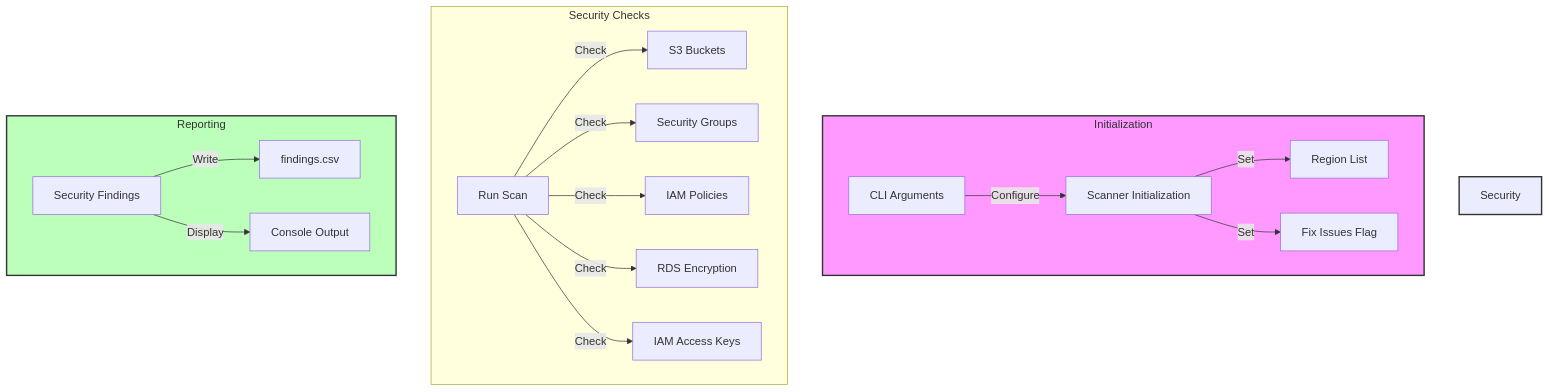
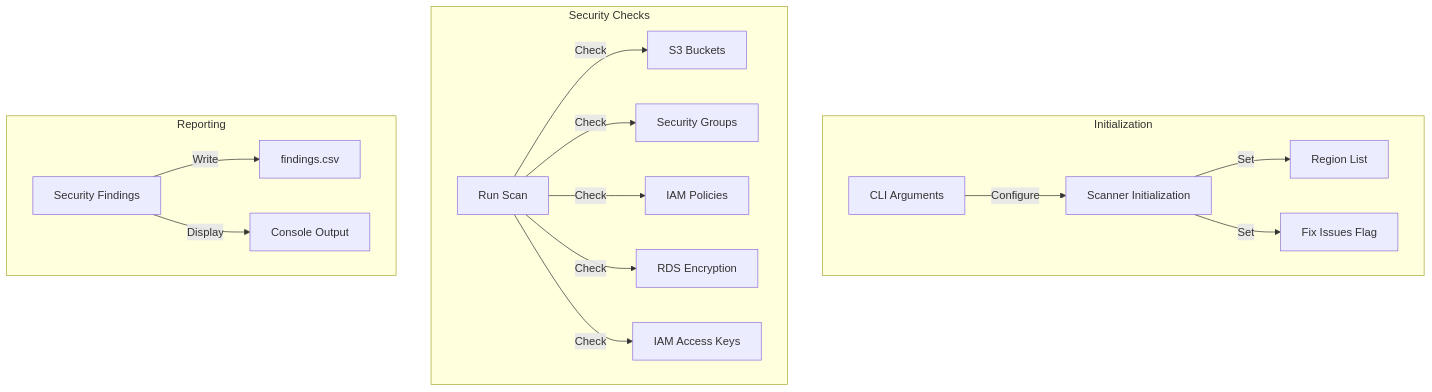
The second of 2 diagrams in README.md (moelhaj996/Automated-AWS-Security-Scanner), drawn with Mermaid before and after one commit. The commit also changed other lines of this file, not shown here.

````diff
--- a/README.md
+++ b/README.md
@@ -63,25 +88,21 @@
 ```mermaid
 graph TD
     subgraph Initialization
         CLI[CLI Arguments] -->|Configure| Init[Scanner Initialization]
         Init -->|Set| Regions[Region List]
         Init -->|Set| Fix[Fix Issues Flag]
     end
     
     subgraph Security Checks
         Scanner[Run Scan] -->|Check| S3[S3 Buckets]
         Scanner -->|Check| SG[Security Groups]
         Scanner -->|Check| IAM[IAM Policies]
         Scanner -->|Check| RDS[RDS Encryption]
         Scanner -->|Check| Keys[IAM Access Keys]
     end
     
     subgraph Reporting
         Findings[Security Findings] -->|Write| CSV[findings.csv]
         Findings -->|Display| Console[Console Output]
     end
-
-    style Initialization fill:#f9f,stroke:#333,stroke-width:2px
-    style Security Checks fill:#bbf,stroke:#333,stroke-width:2px
-    style Reporting fill:#bfb,stroke:#333,stroke-width:2px
 ```
````
